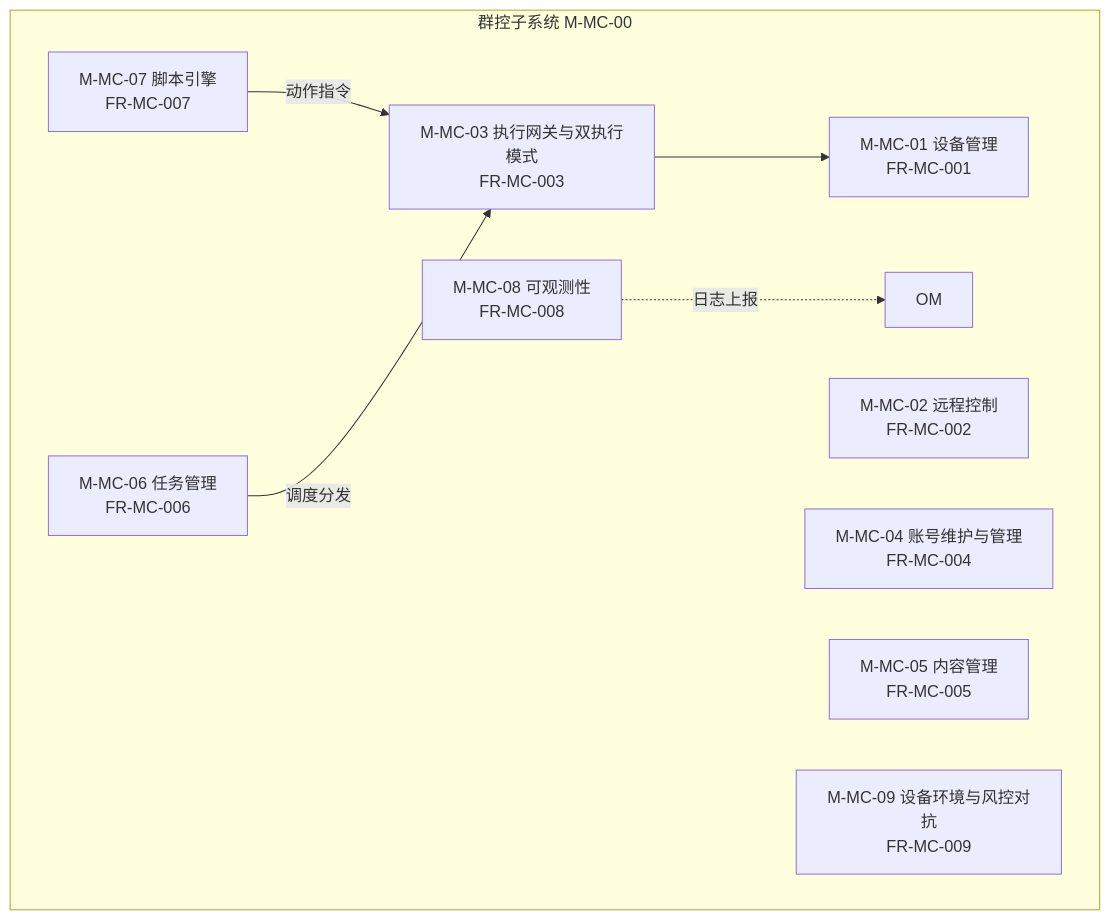
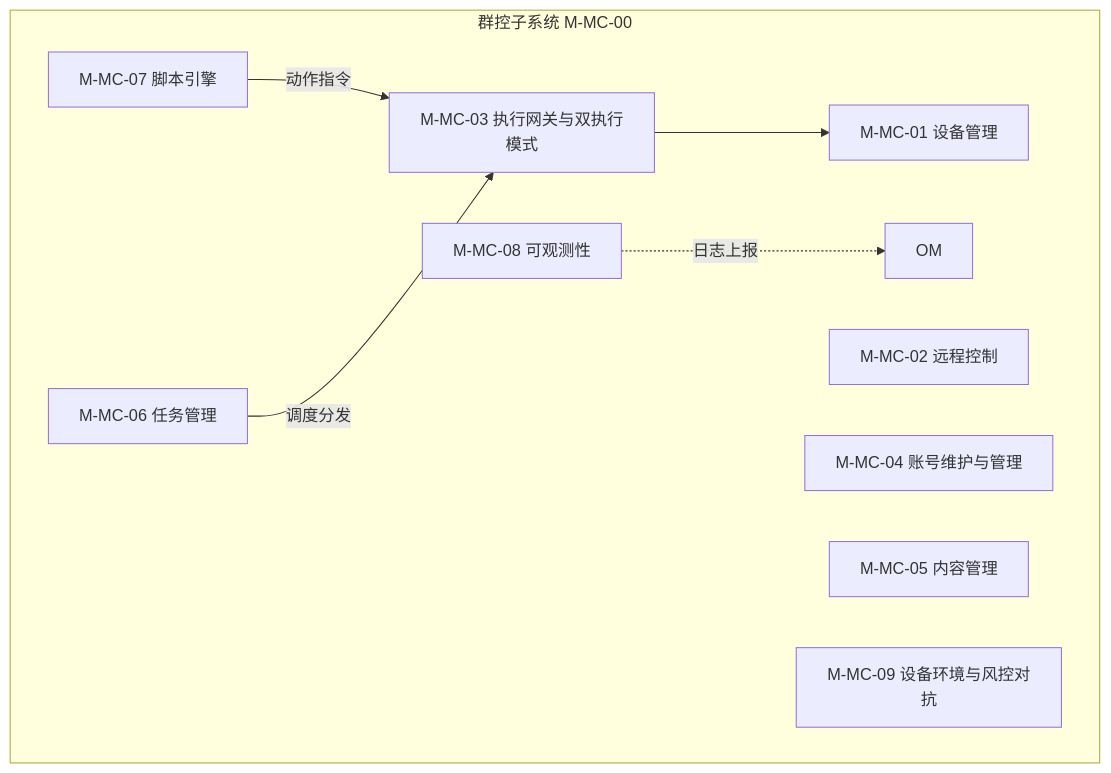
Before and after one commit to Sj-g/obsidian: the ninth of 13 diagrams in 公司项目/认知作战/文档/软件概要设计说明.md, drawn with Mermaid. The commit also changed other lines of this file and 1 other file, not shown here.

````diff
--- a/公司项目/认知作战/文档/软件概要设计说明.md
+++ b/公司项目/认知作战/文档/软件概要设计说明.md
@@ -322,18 +322,18 @@
 ```mermaid
 flowchart TB
     subgraph MC["群控子系统 M-MC-00"]
-        MC1["M-MC-01 设备管理<br/>FR-MC-001"]
-        MC2["M-MC-02 远程控制<br/>FR-MC-002"]
-        MC3["M-MC-03 执行网关与双执行模式<br/>FR-MC-003"]
-        MC4["M-MC-04 账号维护与管理<br/>FR-MC-004"]
-        MC5["M-MC-05 内容管理<br/>FR-MC-005"]
-        MC6["M-MC-06 任务管理<br/>FR-MC-006"]
-        MC7["M-MC-07 脚本引擎<br/>FR-MC-007"]
-        MC8["M-MC-08 可观测性<br/>FR-MC-008"]
-        MC9["M-MC-09 设备环境与风控对抗<br/>FR-MC-009"]
+        MC1["M-MC-01 设备管理"]
+        MC2["M-MC-02 远程控制"]
+        MC3["M-MC-03 执行网关与双执行模式"]
+        MC4["M-MC-04 账号维护与管理"]
+        MC5["M-MC-05 内容管理"]
+        MC6["M-MC-06 任务管理"]
+        MC7["M-MC-07 脚本引擎"]
+        MC8["M-MC-08 可观测性"]
+        MC9["M-MC-09 设备环境与风控对抗"]
         MC7 -->|"动作指令"| MC3
         MC6 -->|"调度分发"| MC3
         MC3 --> MC1
         MC8 -.->|"日志上报"| OM2["OM"]
     end
 ```
````
